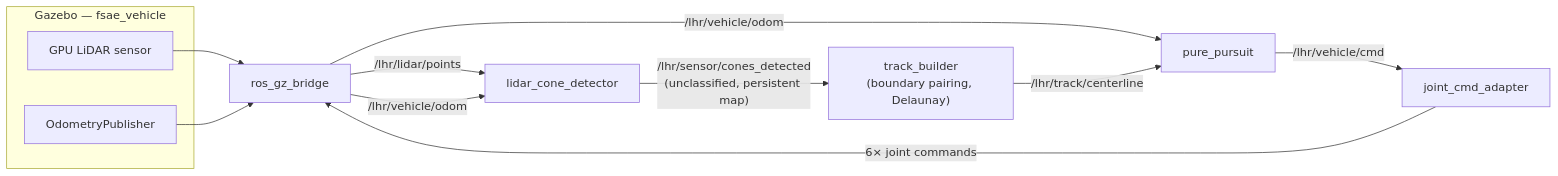
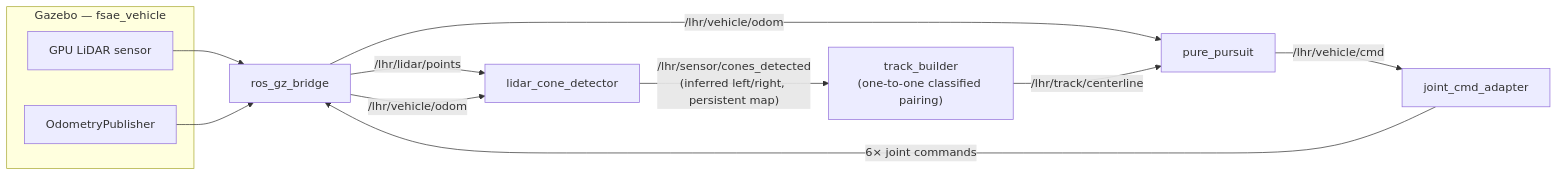
The fourth of 8 diagrams in autonomy/ros2/README.md (LonghornRacingElectric/lhre), drawn with Mermaid before and after one commit. The commit also changed other lines of this file and 19 other files, not shown here.

````diff
--- a/autonomy/ros2/README.md
+++ b/autonomy/ros2/README.md
@@ -97,16 +97,16 @@
 ```mermaid
 flowchart LR
     subgraph gz["Gazebo — fsae_vehicle"]
         lidar["GPU LiDAR sensor"]
         odo["OdometryPublisher"]
     end
     lidar --> bridge["ros_gz_bridge"]
     odo --> bridge
     bridge -- "/lhr/lidar/points" --> detector["lidar_cone_detector"]
     bridge -- "/lhr/vehicle/odom" --> detector
     bridge -- "/lhr/vehicle/odom" --> pursuit
-    detector -- "/lhr/sensor/cones_detected<br>(unclassified, persistent map)" --> builder["track_builder<br>(boundary pairing, Delaunay)"]
+    detector -- "/lhr/sensor/cones_detected<br>(inferred left/right, persistent map)" --> builder["track_builder<br>(one-to-one classified pairing)"]
     builder -- "/lhr/track/centerline" --> pursuit["pure_pursuit"]
     pursuit -- "/lhr/vehicle/cmd" --> adapter["joint_cmd_adapter"]
     adapter -- "6× joint commands" --> bridge
 ```
````
